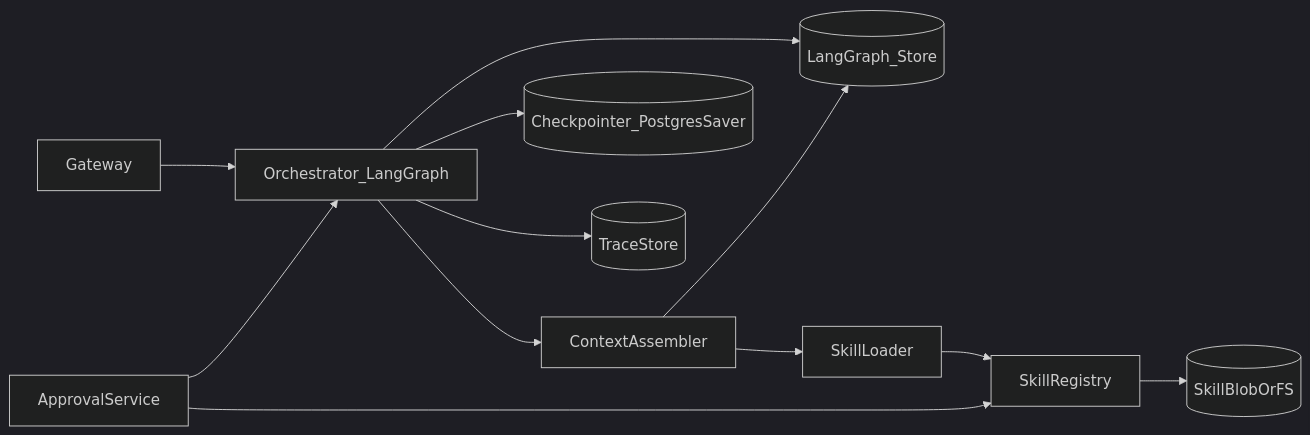
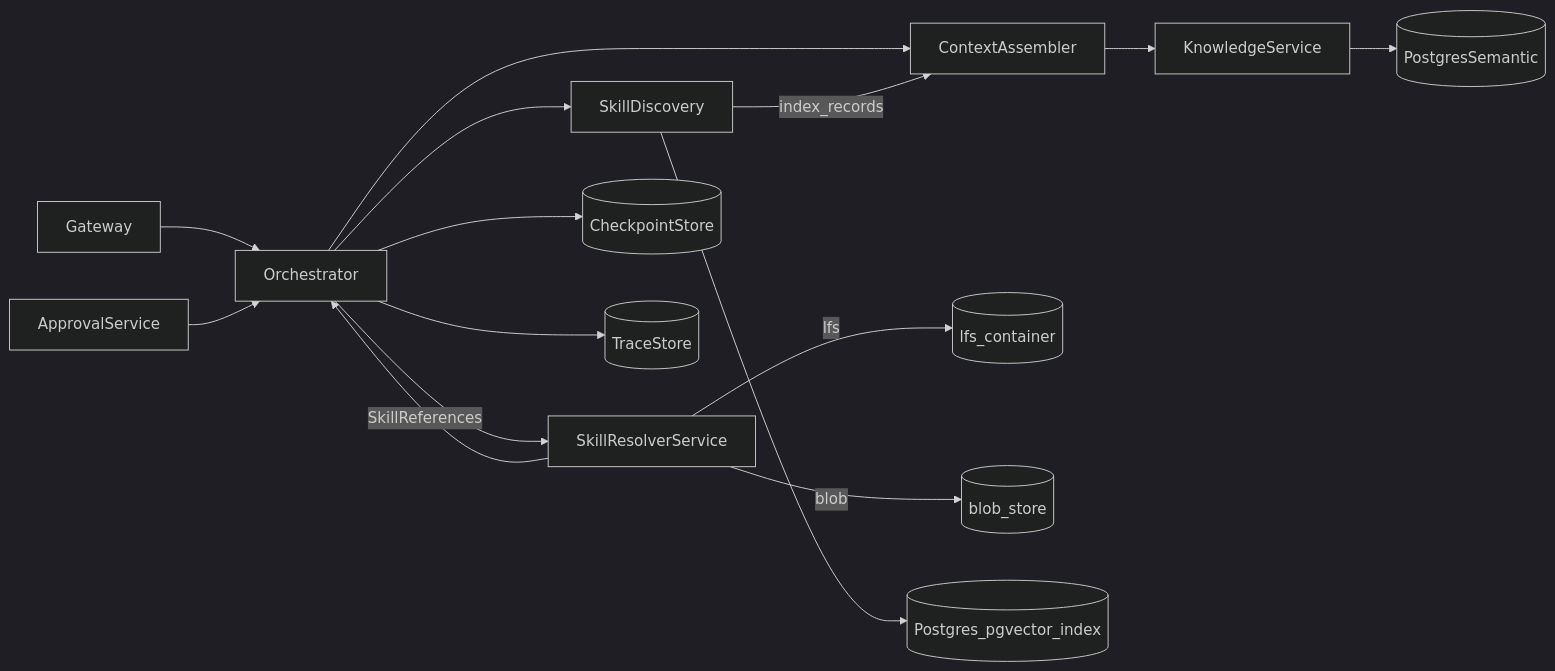
Before and after one commit to shivank22/ICE: the diagram in SKILLS/backend/assets/diagrams/01-container-overview.mmd, drawn with Mermaid (dark theme). The commit also changed 48 other files, not shown here.

Commit message:
Added a skill Platform

```diff
--- a/SKILLS/backend/assets/diagrams/01-container-overview.mmd
+++ b/SKILLS/backend/assets/diagrams/01-container-overview.mmd
@@ -1,23 +1,29 @@
-%% Container overview — LangGraph runtime + platform services
+%% Container overview — architectural services
 flowchart LR
   Gw[Gateway]
-  Orch[Orchestrator_LangGraph]
+  Orch[Orchestrator]
   Ctx[ContextAssembler]
-  Store[(LangGraph_Store)]
-  Loader[SkillLoader]
-  Reg[SkillRegistry]
-  Cp[(Checkpointer_PostgresSaver)]
-  Blob[(SkillBlobOrFS)]
+  Know[KnowledgeService]
+  Disc[SkillDiscovery]
+  Res[SkillResolverService]
+  LFS[(lfs_container)]
+  Blob[(blob_store)]
+  Idx[(Postgres_pgvector_index)]
+  Cp[(CheckpointStore)]
+  Sem[(PostgresSemantic)]
   Tr[(TraceStore)]
   Appr[ApprovalService]
   Gw --> Orch
   Orch --> Ctx
   Orch --> Cp
-  Orch --> Store
-  Ctx --> Store
-  Ctx --> Loader
-  Loader --> Reg
-  Reg --> Blob
+  Orch --> Disc
+  Ctx --> Know
+  Disc --> Idx
+  Disc -->|index_records| Ctx
+  Orch --> Res
+  Res -->|lfs| LFS
+  Res -->|blob| Blob
+  Res -->|SkillReferences| Orch
+  Know --> Sem
   Orch --> Tr
   Appr --> Orch
-  Appr --> Reg
```
